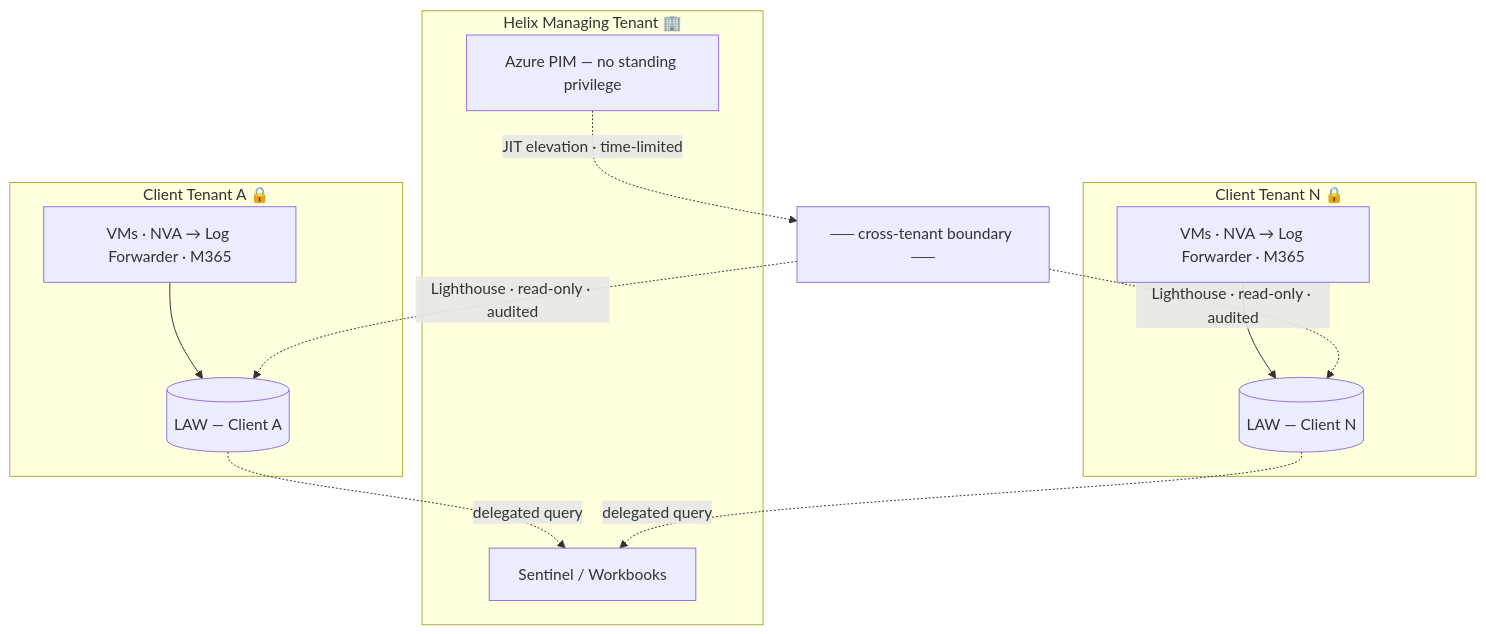
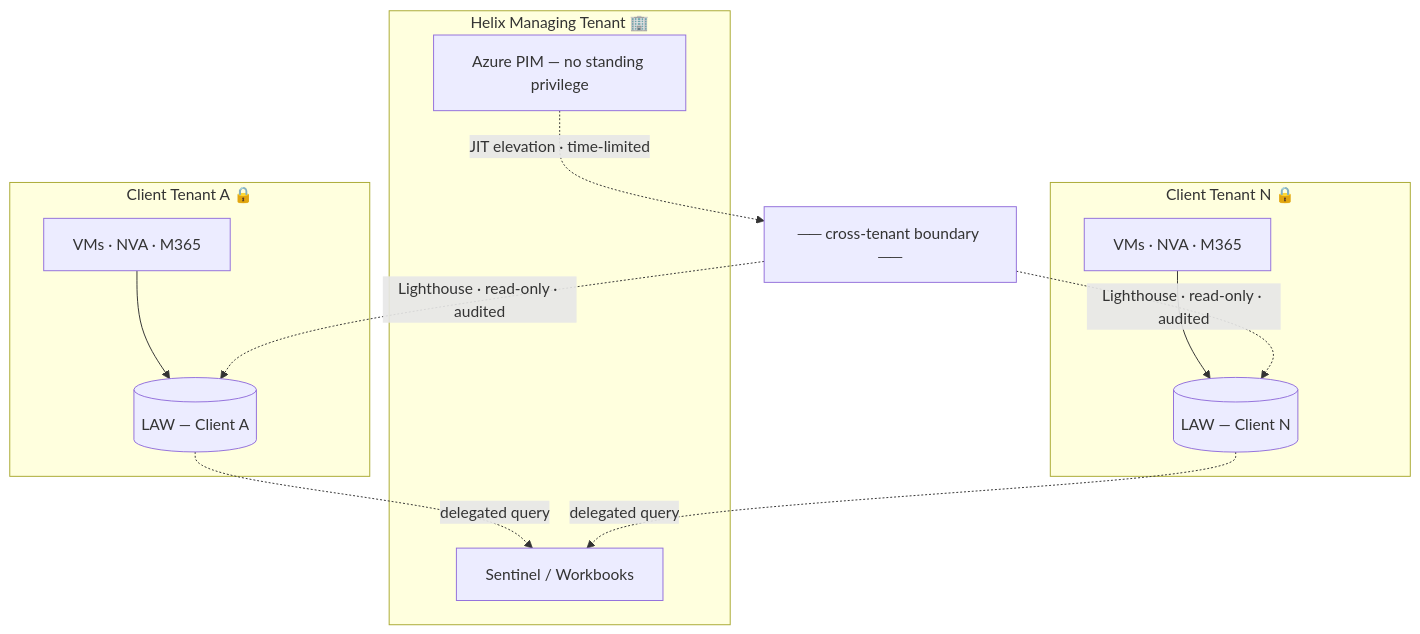
Before and after one commit to danielcorrea89/helix-logging-proposal: the second of 5 diagrams in PRESENTATION-SLIDES.md, drawn with Mermaid. The commit also changed other lines of this file, not shown here.

````diff
--- a/PRESENTATION-SLIDES.md
+++ b/PRESENTATION-SLIDES.md
@@ -221,21 +133,21 @@
 ```mermaid
 flowchart TB
     subgraph managing["Helix Managing Tenant 🏢"]
         SENT["Sentinel / Workbooks"]
         PIM["Azure PIM — no standing privilege"]
     end
     crossing["── cross-tenant boundary ──"]
     subgraph ca["Client Tenant A 🔒"]
         LAWA[("LAW — Client A")]
-        VMSA["VMs · NVA → Log Forwarder · M365"]
+        VMSA["VMs · NVA · M365"]
         VMSA --> LAWA
     end
     subgraph cn["Client Tenant N 🔒"]
         LAWN[("LAW — Client N")]
-        VMSN["VMs · NVA → Log Forwarder · M365"]
+        VMSN["VMs · NVA · M365"]
         VMSN --> LAWN
     end
     PIM -. "JIT elevation · time-limited" .-> crossing
     crossing -. "Lighthouse · read-only · audited" .-> LAWA & LAWN
     LAWA & LAWN -. "delegated query" .-> SENT
 ```
````
